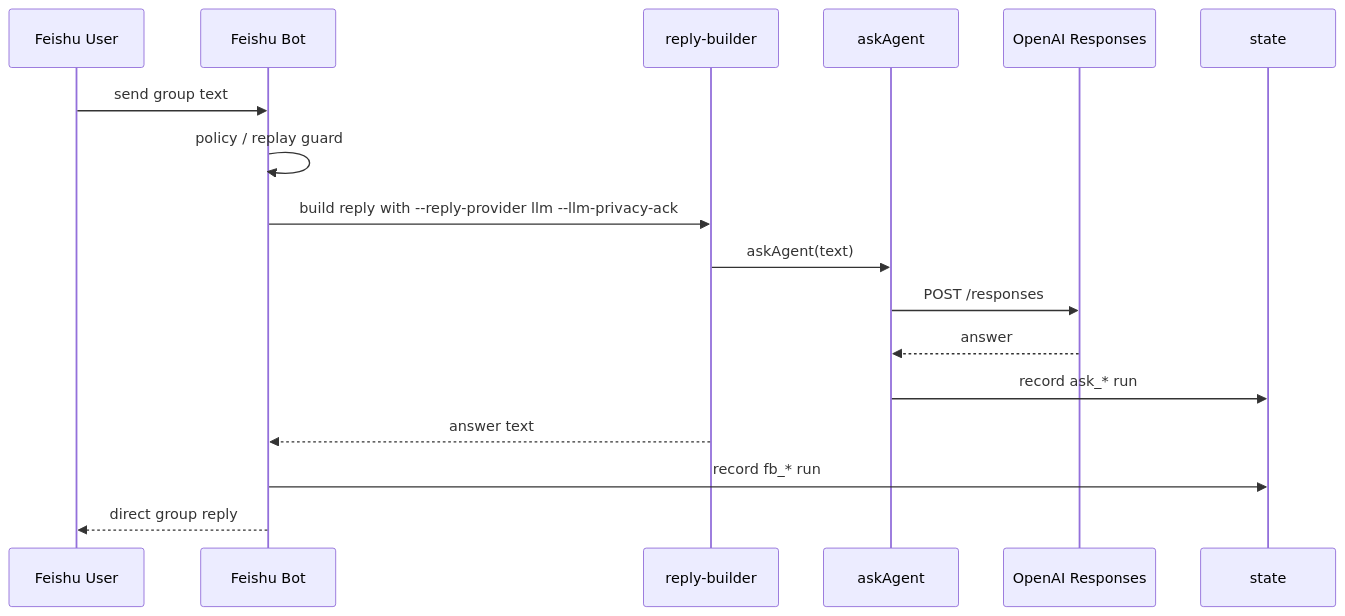
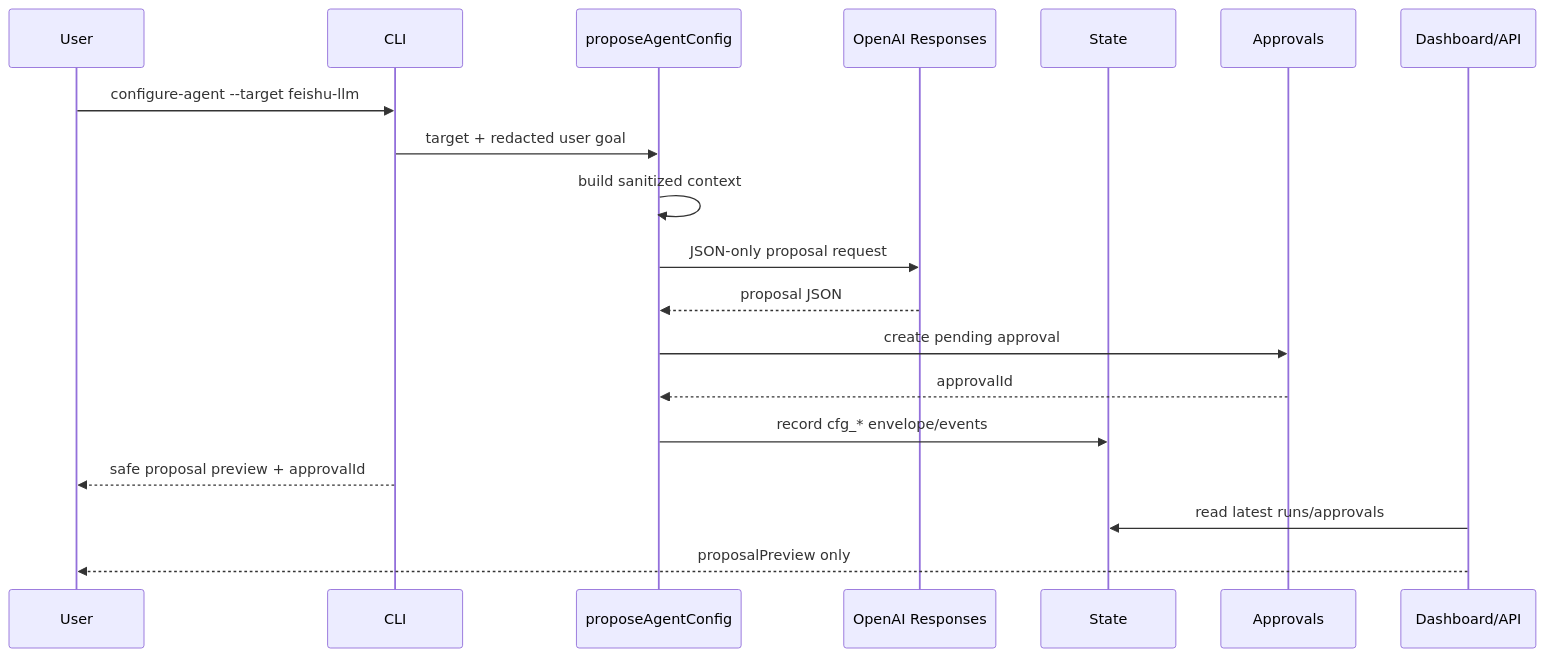
The fifth of 9 diagrams in docs/implementation-architecture.md (mayf3/myclaw), drawn with Mermaid before and after one commit. The commit also changed other lines of this file and 36 other files, not shown here.

Commit message:
feat: add agent config proposal smoke

````diff
--- a/docs/implementation-architecture.md
+++ b/docs/implementation-architecture.md
@@ -135,20 +145,22 @@
 ```mermaid
 sequenceDiagram
-  participant U as Feishu User
-  participant B as Feishu Bot
-  participant P as reply-builder
-  participant A as askAgent
+  participant U as User
+  participant C as CLI
+  participant A as proposeAgentConfig
   participant O as OpenAI Responses
-  participant S as state
+  participant S as State
+  participant P as Approvals
+  participant D as Dashboard/API
 
-  U->>B: send group text
-  B->>B: policy / replay guard
-  B->>P: build reply with --reply-provider llm --llm-privacy-ack
-  P->>A: askAgent(text)
-  A->>O: POST /responses
-  O-->>A: answer
-  A->>S: record ask_* run
-  P-->>B: answer text
-  B->>S: record fb_* run
-  B-->>U: direct group reply
+  U->>C: configure-agent --target feishu-llm
+  C->>A: target + redacted user goal
+  A->>A: build sanitized context
+  A->>O: JSON-only proposal request
+  O-->>A: proposal JSON
+  A->>P: create pending approval
+  P-->>A: approvalId
+  A->>S: record cfg_* envelope/events
+  C-->>U: safe proposal preview + approvalId
+  D->>S: read latest runs/approvals
+  D-->>U: proposalPreview only
 ```
````
